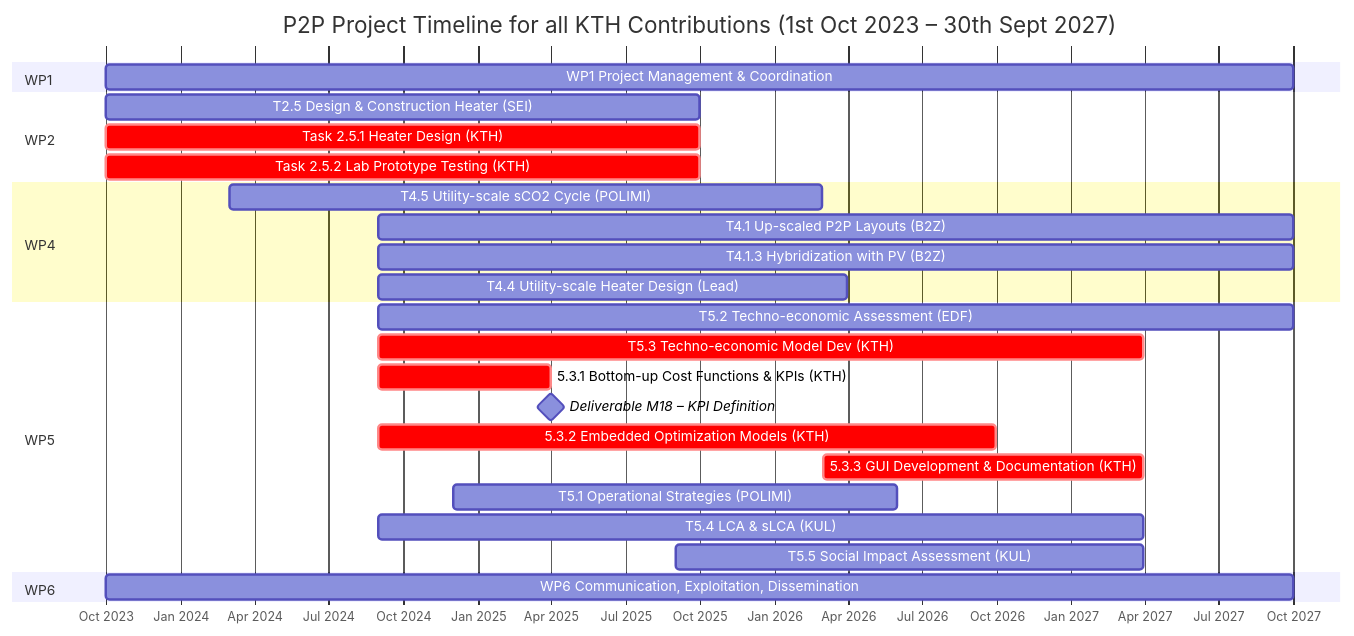
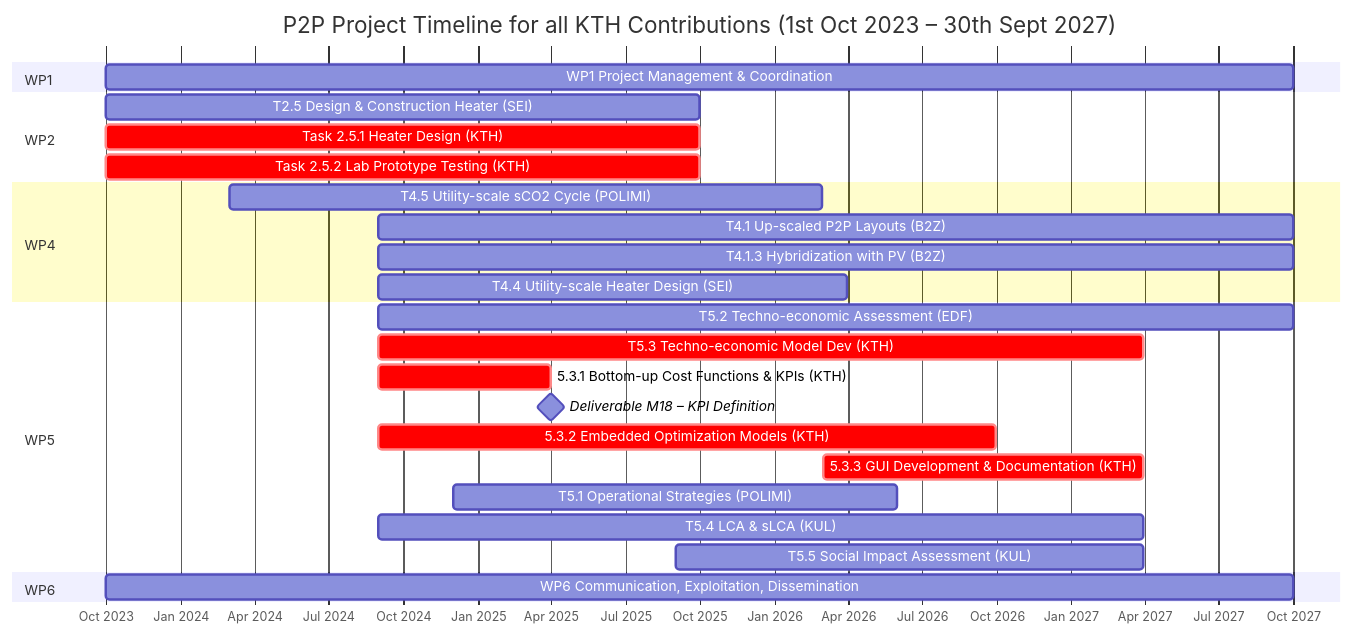
One commit to sarabjorkegren/Diverse changed the diagram in README.md. Above: the diagram before and after it, drawn with Mermaid.

````diff
--- a/README.md
+++ b/README.md
@@ -3,39 +3,39 @@
 ```mermaid
 gantt
     title P2P Project Timeline for all KTH Contributions (1st Oct 2023 – 30th Sept 2027)
     dateFormat  YYYY-MM-DD
     axisFormat  %b %Y
 
     %% =========================
     section WP1 
     WP1 Project Management & Coordination :wp1, 2023-10-01, 2027-10-01
 
     %% =========================
     section WP2 
     T2.5 Design & Construction Heater (SEI) :wp2a, 2023-10-01, 2025-09-30
     Task 2.5.1 Heater Design (KTH) :crit, wp2b, 2023-10-01, 2025-09-30
     Task 2.5.2 Lab Prototype Testing (KTH) :crit, wp2c, 2023-10-01, 2025-09-30
 
     %% =========================
     section WP4 
     T4.5 Utility-scale sCO2 Cycle (POLIMI) :wp4a, 2024-03-01, 2026-02-28
     T4.1 Up-scaled P2P Layouts (B2Z) :wp4b, 2024-09-01, 2027-10-01
     T4.1.3 Hybridization with PV (B2Z) :wp4c, 2024-09-01, 2027-10-01
-    T4.4 Utility-scale Heater Design (Lead) :wp4d, 2024-09-01, 2026-03-31
+    T4.4 Utility-scale Heater Design (SEI) :wp4d, 2024-09-01, 2026-03-31
 
     %% =========================
     section WP5 
     T5.2 Techno-economic Assessment (EDF) :wp5a, 2024-09-01, 2027-10-01
     T5.3 Techno-economic Model Dev (KTH) :crit, wp5b, 2024-09-01, 2027-03-31
     5.3.1 Bottom-up Cost Functions & KPIs (KTH) :crit, wp5c, 2024-09-01, 2025-03-31
     Deliverable M18 – KPI Definition :milestone, m18, 2025-03-31, 0d
     5.3.2 Embedded Optimization Models (KTH) :crit, wp5d, 2024-09-01, 2026-09-30
     5.3.3 GUI Development & Documentation (KTH) :crit, wp5e, 2026-03-01, 2027-03-31
     T5.1 Operational Strategies (POLIMI) :wp5f, 2024-12-01, 2026-05-31
     T5.4 LCA & sLCA (KUL) :wp5g, 2024-09-01, 2027-03-31
     T5.5 Social Impact Assessment (KUL) :wp5h, 2025-09-01, 2027-03-31
 
     %% =========================
     section WP6 
     WP6 Communication, Exploitation, Dissemination :wp6a, 2023-10-01, 2027-10-01
 ```
````
